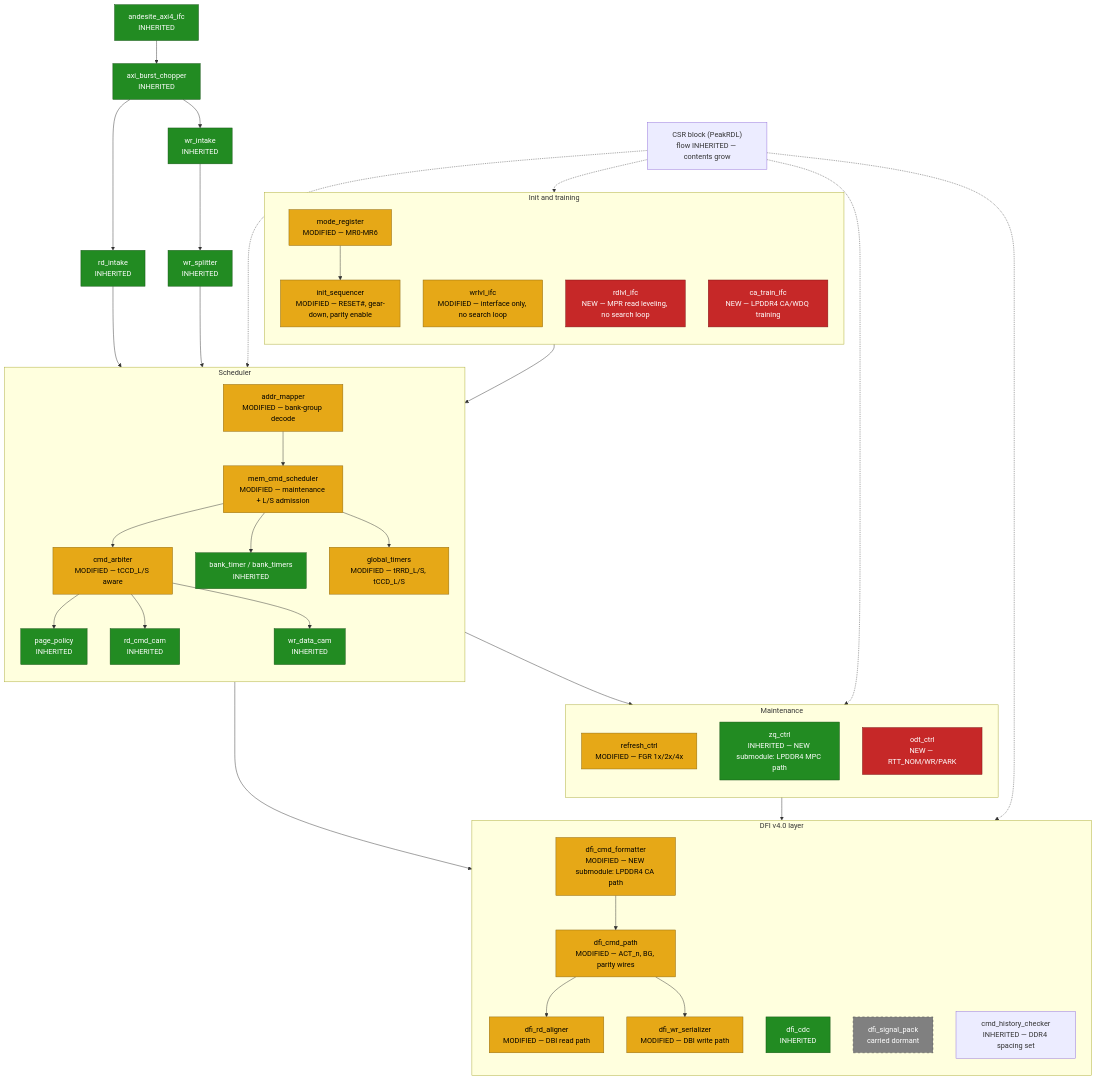
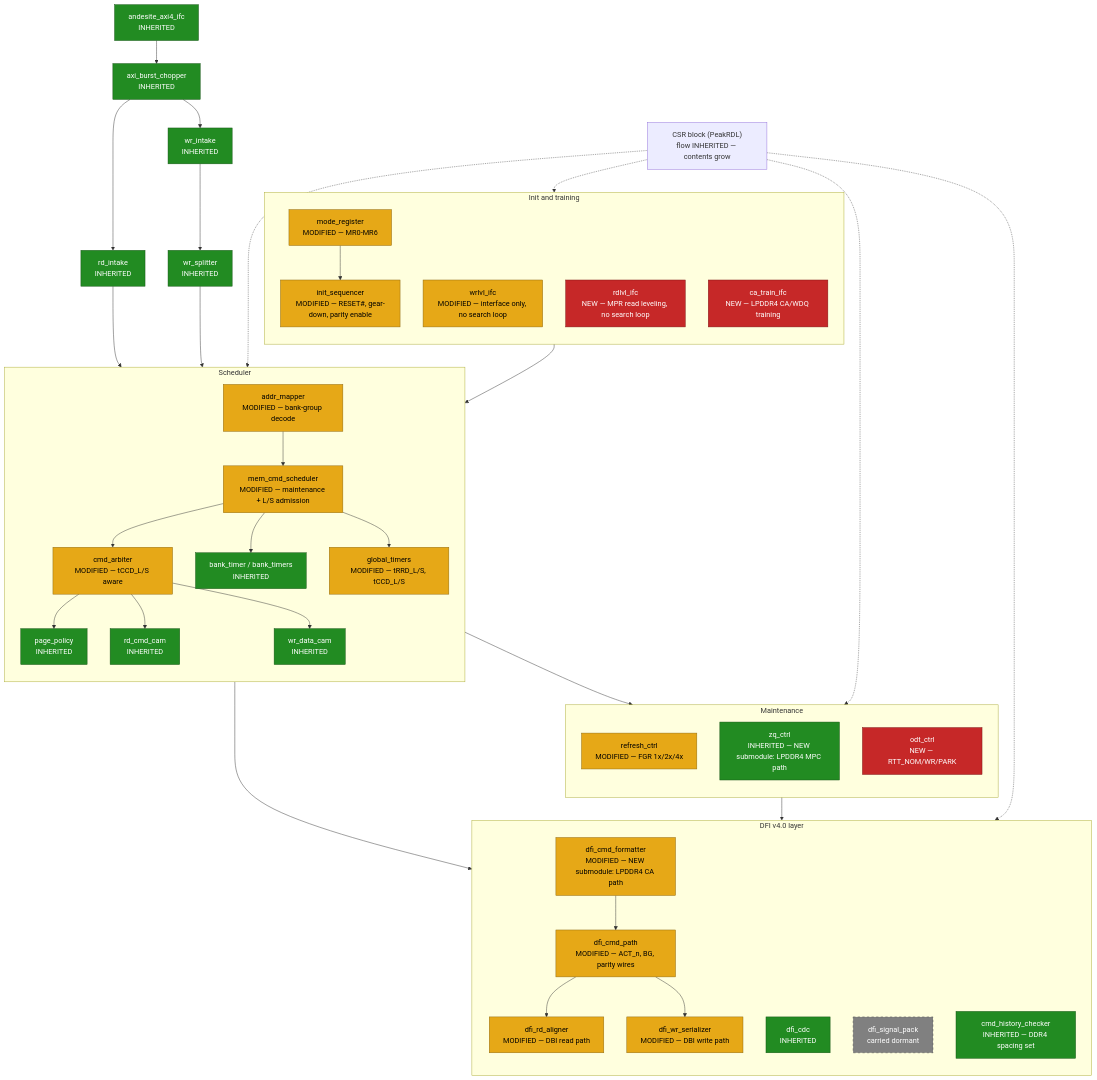
The diagram in projects/components/mem-ctrl-ip/andesite-ddr4-lpddr4/docs/andesite_has/assets/mermaid/01_block_diagram.mmd (sean-galloway/RTLDesignSherpa), drawn with Mermaid before and after one commit. The commit also changed 19 other files, not shown here.

```diff
--- a/projects/components/mem-ctrl-ip/andesite-ddr4-lpddr4/docs/andesite_has/assets/mermaid/01_block_diagram.mmd
+++ b/projects/components/mem-ctrl-ip/andesite-ddr4-lpddr4/docs/andesite_has/assets/mermaid/01_block_diagram.mmd
@@ -1,76 +1,76 @@
 flowchart TB
     HOST_AXI["andesite_axi4_ifc<br/>INHERITED"] --> HOST_CHOP["axi_burst_chopper<br/>INHERITED"]
     HOST_CHOP --> HOST_RIN["rd_intake<br/>INHERITED"]
     HOST_CHOP --> HOST_WIN["wr_intake<br/>INHERITED"]
     HOST_WIN --> HOST_WSPLIT["wr_splitter<br/>INHERITED"]
     HOST_RIN --> SCHED
     HOST_WSPLIT --> SCHED
 
     subgraph SCHED["Scheduler"]
         direction TB
         SCHED_CORE["mem_cmd_scheduler<br/>MODIFIED — maintenance + L/S admission"]
         SCHED_ARB["cmd_arbiter<br/>MODIFIED — tCCD_L/S aware"]
         SCHED_PP["page_policy<br/>INHERITED"]
         SCHED_RDCAM["rd_cmd_cam<br/>INHERITED"]
         SCHED_WRCAM["wr_data_cam<br/>INHERITED"]
         SCHED_BT["bank_timer / bank_timers<br/>INHERITED"]
         SCHED_GT["global_timers<br/>MODIFIED — tRRD_L/S, tCCD_L/S"]
         SCHED_AM["addr_mapper<br/>MODIFIED — bank-group decode"]
         SCHED_CORE --> SCHED_ARB
         SCHED_CORE --> SCHED_BT
         SCHED_CORE --> SCHED_GT
         SCHED_AM --> SCHED_CORE
         SCHED_ARB --> SCHED_PP
         SCHED_ARB --> SCHED_RDCAM
         SCHED_ARB --> SCHED_WRCAM
     end
 
     subgraph MAINT["Maintenance"]
         direction TB
         MAINT_REF["refresh_ctrl<br/>MODIFIED — FGR 1x/2x/4x"]
         MAINT_ZQ["zq_ctrl<br/>INHERITED — NEW submodule: LPDDR4 MPC path"]
         MAINT_ODT["odt_ctrl<br/>NEW — RTT_NOM/WR/PARK"]
     end
     SCHED --> MAINT
 
     subgraph INITTR["Init and training"]
         direction TB
         INIT_SEQ["init_sequencer<br/>MODIFIED — RESET#, gear-down, parity enable"]
         INIT_MR["mode_register<br/>MODIFIED — MR0-MR6"]
         INIT_WRLVL["wrlvl_ifc<br/>MODIFIED — interface only, no search loop"]
         INIT_RDLVL["rdlvl_ifc<br/>NEW — MPR read leveling, no search loop"]
         INIT_CA["ca_train_ifc<br/>NEW — LPDDR4 CA/WDQ training"]
     end
     INIT_SEQ --> SCHED
     INIT_MR --> INIT_SEQ
 
     subgraph DFI["DFI v4.0 layer"]
         direction TB
         DFI_PATH["dfi_cmd_path<br/>MODIFIED — ACT_n, BG, parity wires"]
         DFI_FMT["dfi_cmd_formatter<br/>MODIFIED — NEW submodule: LPDDR4 CA path"]
         DFI_RDA["dfi_rd_aligner<br/>MODIFIED — DBI read path"]
         DFI_WRS["dfi_wr_serializer<br/>MODIFIED — DBI write path"]
         DFI_CDC["dfi_cdc<br/>INHERITED"]
         DFI_PACK["dfi_signal_pack<br/>carried dormant"]
         DFI_HIST["cmd_history_checker<br/>INHERITED — DDR4 spacing set"]
     end
     SCHED --> DFI_FMT
     MAINT --> DFI_PATH
     DFI_FMT --> DFI_PATH
     DFI_PATH --> DFI_RDA
     DFI_PATH --> DFI_WRS
 
     CSR["CSR block (PeakRDL)<br/>flow INHERITED — contents grow"] -.-> SCHED
     CSR -.-> MAINT
     CSR -.-> INITTR
     CSR -.-> DFI
 
     classDef inh fill:#228B22,color:#FFFFFF,stroke:#145214;
     classDef mod fill:#E6A817,color:#000000,stroke:#8a650f;
     classDef new fill:#C62828,color:#FFFFFF,stroke:#7a1414;
     classDef dorm fill:#808080,color:#FFFFFF,stroke:#4d4d4d,stroke-dasharray:5 5;
 
-    class HOST_AXI,HOST_CHOP,HOST_RIN,HOST_WIN,HOST_WSPLIT,SCHED_PP,SCHED_RDCAM,SCHED_WRCAM,SCHED_BT,DFI_CDC,MAINT_ZQ inh;
+    class HOST_AXI,HOST_CHOP,HOST_RIN,HOST_WIN,HOST_WSPLIT,SCHED_PP,SCHED_RDCAM,SCHED_WRCAM,SCHED_BT,DFI_CDC,DFI_HIST,MAINT_ZQ inh;
     class SCHED_CORE,SCHED_ARB,SCHED_GT,SCHED_AM,MAINT_REF,INIT_SEQ,INIT_MR,INIT_WRLVL,DFI_PATH,DFI_FMT,DFI_RDA,DFI_WRS mod;
     class MAINT_ODT,INIT_RDLVL,INIT_CA new;
     class DFI_PACK dorm;
```
